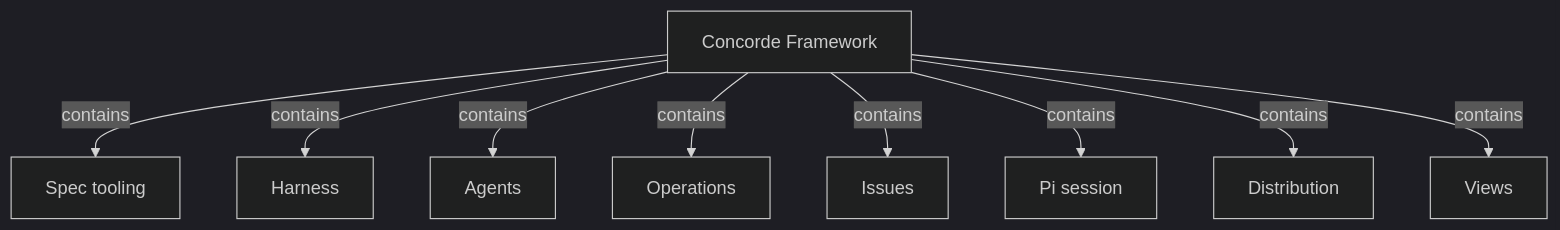
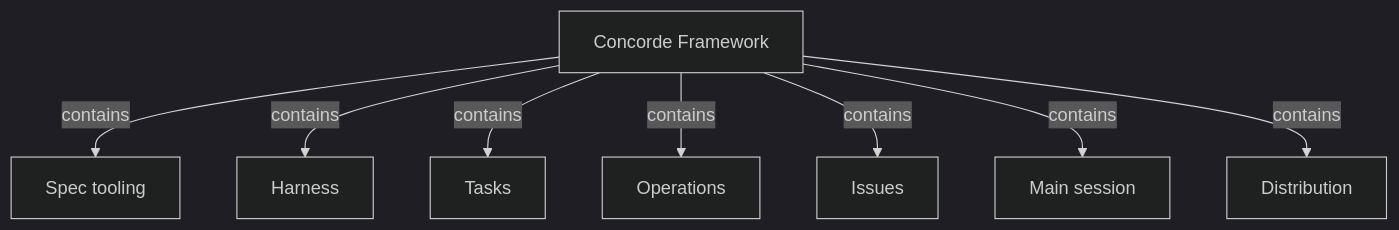
One commit to FTOD/concorde changed the diagram in specs/concorde/module.md. Above: the diagram before and after it, drawn with Mermaid (dark theme). The commit also changed other lines of this file and 666 other files, not shown here.

````diff
--- a/specs/concorde/module.md
+++ b/specs/concorde/module.md
@@ -119,22 +92,20 @@
 ```mermaid
 flowchart TB
     accTitle: The Modules of the Concorde Framework
-    accDescr: The root Module contains eight Modules; Harness and Operations are themselves composites.
+    accDescr: The root Module contains seven Modules; Spec tooling, Harness and Operations are themselves composites.
     root[Concorde Framework]
-    spec[Spec tooling]
+    spectooling[Spec tooling]
     harness[Harness]
-    agents[Agents]
+    tasks[Tasks]
     operations[Operations]
     issues[Issues]
-    session[Pi session]
+    mainsession[Main session]
     distribution[Distribution]
-    views[Views]
-    root -->|contains| spec
+    root -->|contains| spectooling
     root -->|contains| harness
-    root -->|contains| agents
+    root -->|contains| tasks
     root -->|contains| operations
     root -->|contains| issues
-    root -->|contains| session
+    root -->|contains| mainsession
     root -->|contains| distribution
-    root -->|contains| views
 ```
````
